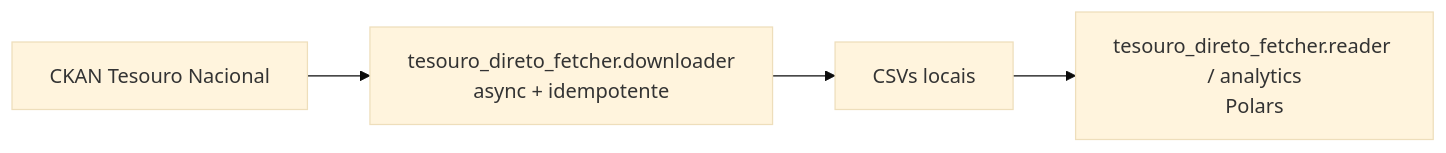
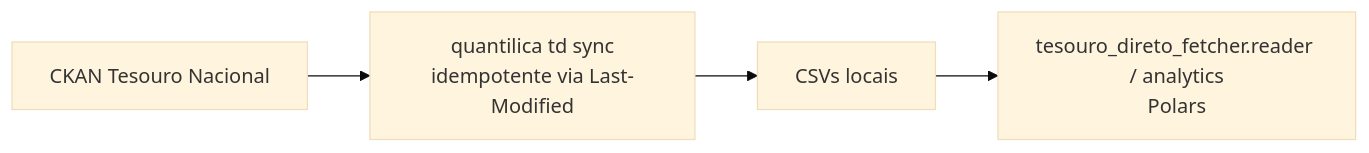
One commit to Quantilica/docs changed the first of 2 diagrams in docs/tesouro/index.md. Above: the diagram before and after it, drawn with Mermaid (base theme). The commit also changed other lines of this file and 22 other files, not shown here.

````diff
--- a/docs/tesouro/index.md
+++ b/docs/tesouro/index.md
@@ -29,6 +29,6 @@
 ```mermaid
 graph LR
-    A[CKAN Tesouro Nacional] --> B[tesouro_direto_fetcher.downloader<br/>async + idempotente]
+    A[CKAN Tesouro Nacional] --> B[quantilica td sync<br/>idempotente via Last-Modified]
     B --> C[CSVs locais]
     C --> D[tesouro_direto_fetcher.reader / analytics<br/>Polars]
 ```
````
